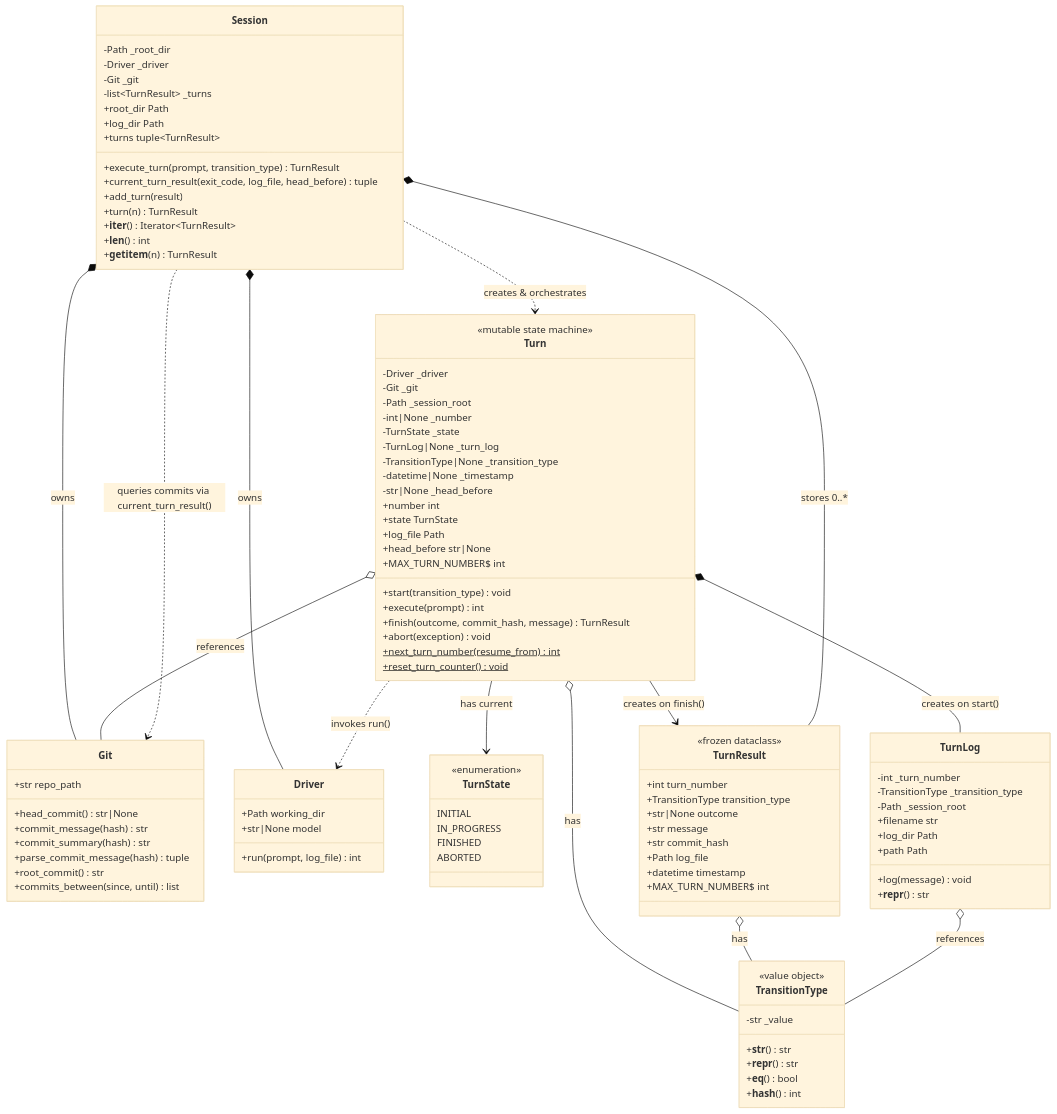
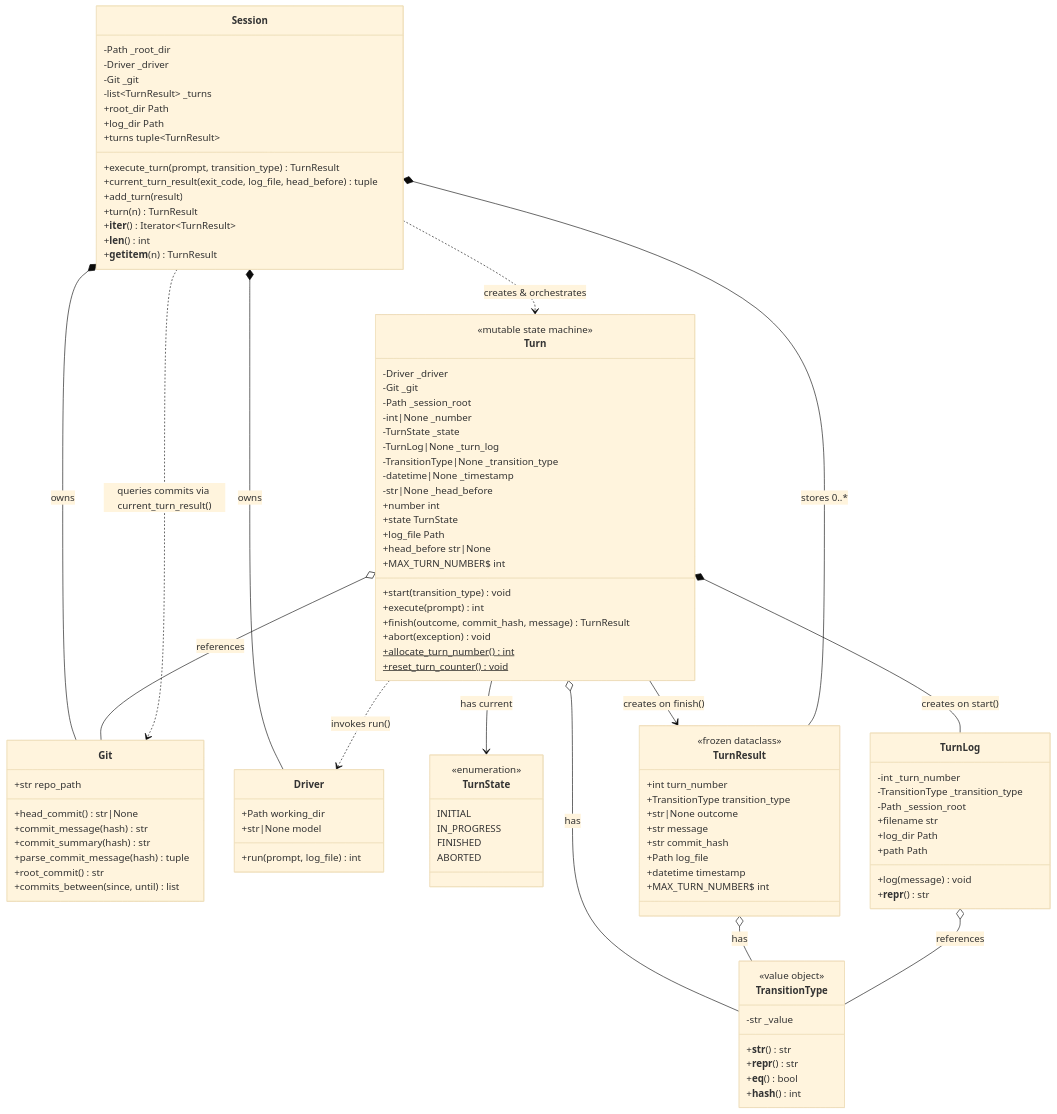
One commit to alexeyv/afk changed the diagram in docs/domain-model.md. Above: the diagram before and after it, drawn with Mermaid (base theme). The commit also changed 4 other files, not shown here.

```diff
--- a/docs/domain-model.md
+++ b/docs/domain-model.md
@@ -74,7 +74,7 @@
         +execute(prompt) int
         +finish(outcome, commit_hash, message) TurnResult
         +abort(exception) void
-        +next_turn_number(resume_from)$ int
+        +allocate_turn_number()$ int
         +reset_turn_counter()$ void
         +MAX_TURN_NUMBER$ int
     }
```
